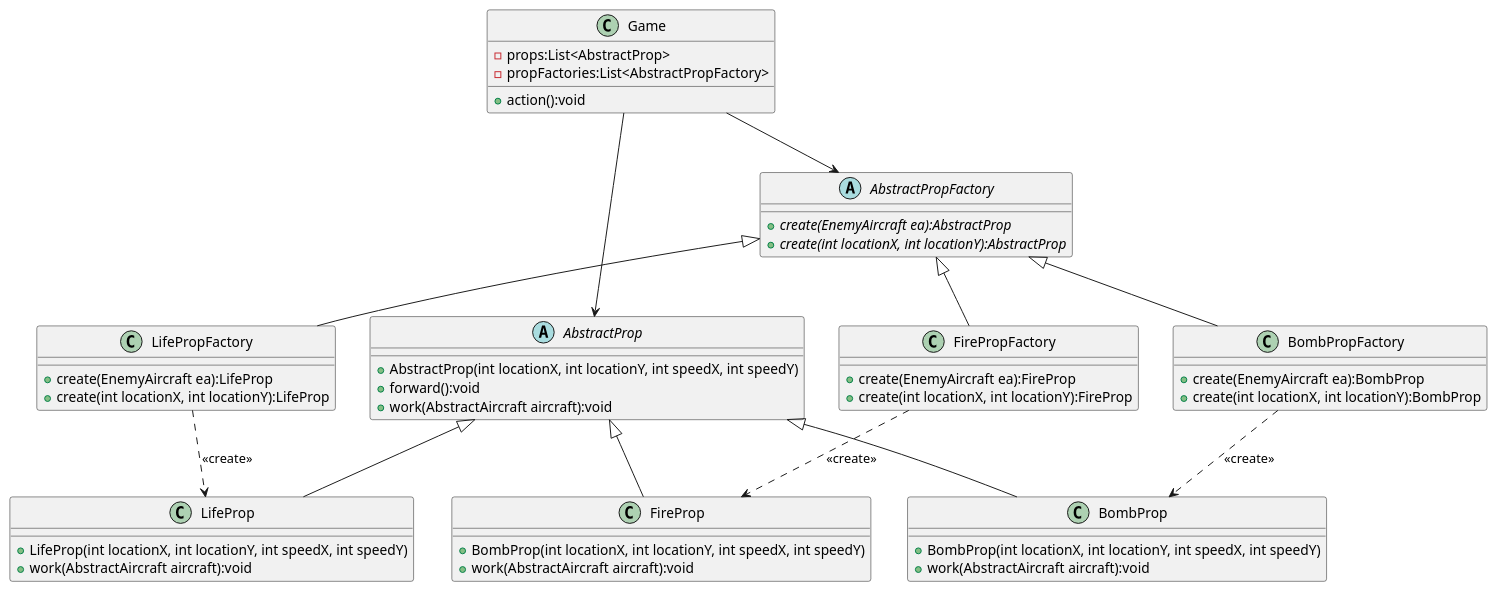
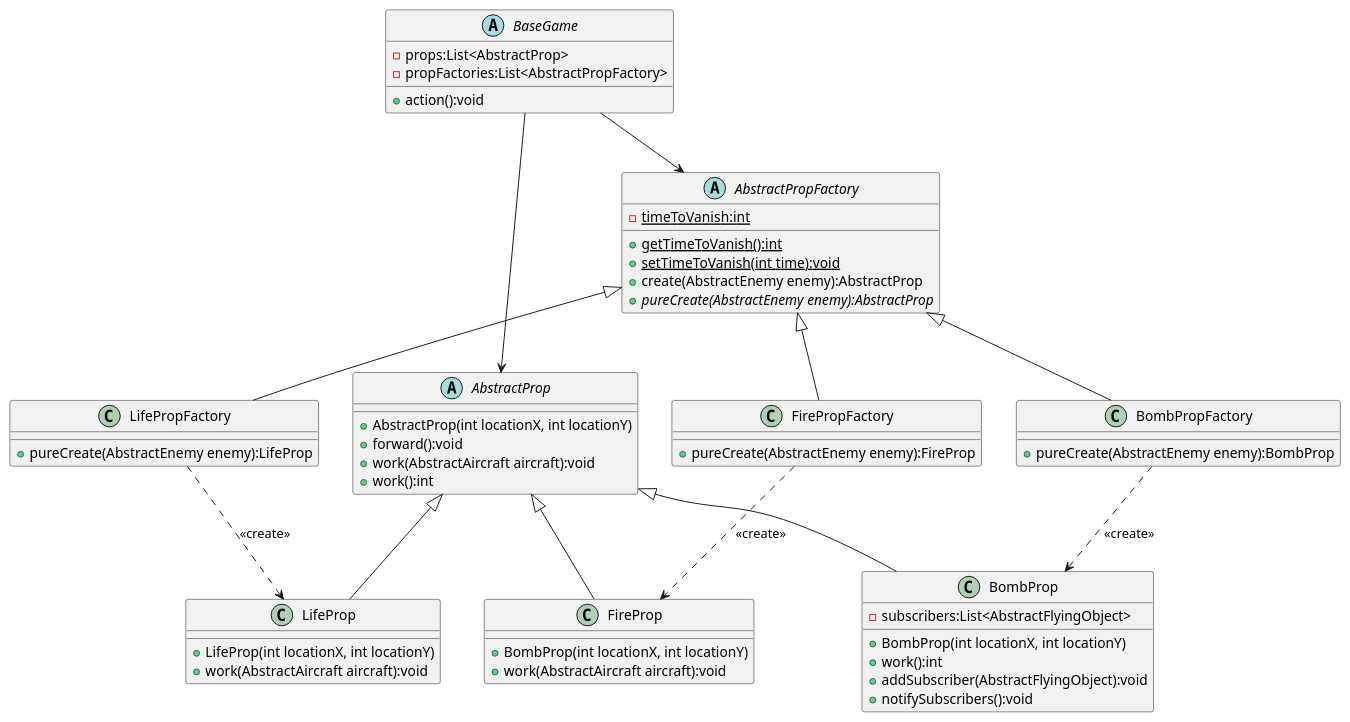
One commit to linkfqy/AircraftWar changed the diagram in uml/PropFactory.puml. Above: the diagram before and after it, drawn with PlantUML. The commit also changed 7 other files, not shown here.

Commit message:
更新了UML类图

```diff
--- a/uml/PropFactory.puml
+++ b/uml/PropFactory.puml
@@ -1,59 +1,63 @@
 @startuml
 abstract class AbstractPropFactory {
-    + {abstract} create(EnemyAircraft ea):AbstractProp
-    + {abstract} create(int locationX, int locationY):AbstractProp
+    - {static} timeToVanish:int
+    + {static} getTimeToVanish():int
+    + {static} setTimeToVanish(int time):void
+    + create(AbstractEnemy enemy):AbstractProp
+    + {abstract} pureCreate(AbstractEnemy enemy):AbstractProp
 }
 class FirePropFactory {
-    + create(EnemyAircraft ea):FireProp
-    + create(int locationX, int locationY):FireProp
+    + pureCreate(AbstractEnemy enemy):FireProp
 }
 class LifePropFactory {
-    + create(EnemyAircraft ea):LifeProp
-    + create(int locationX, int locationY):LifeProp
+    + pureCreate(AbstractEnemy enemy):LifeProp
 }
 class BombPropFactory {
-    + create(EnemyAircraft ea):BombProp
-    + create(int locationX, int locationY):BombProp
+    + pureCreate(AbstractEnemy enemy):BombProp
 }
 
 AbstractPropFactory <|-- FirePropFactory
 AbstractPropFactory <|-- LifePropFactory
 AbstractPropFactory <|-- BombPropFactory
 
 abstract class AbstractProp {
-    + AbstractProp(int locationX, int locationY, int speedX, int speedY)
+    + AbstractProp(int locationX, int locationY)
     + forward():void
     + work(AbstractAircraft aircraft):void
+    + work():int
 }
 
 class LifeProp {
-    + LifeProp(int locationX, int locationY, int speedX, int speedY)
+    + LifeProp(int locationX, int locationY)
     + work(AbstractAircraft aircraft):void
 }
 
 class BombProp {
-    + BombProp(int locationX, int locationY, int speedX, int speedY)
-    + work(AbstractAircraft aircraft):void
+    - subscribers:List<AbstractFlyingObject>
+    + BombProp(int locationX, int locationY)
+    + work():int
+    + addSubscriber(AbstractFlyingObject):void
+    + notifySubscribers():void
 }
 
 class FireProp {
-    + BombProp(int locationX, int locationY, int speedX, int speedY)
+    + BombProp(int locationX, int locationY)
     + work(AbstractAircraft aircraft):void
 }
 
 AbstractProp <|-- LifeProp
 AbstractProp <|-- BombProp
 AbstractProp <|-- FireProp
 LifePropFactory ..> LifeProp : <<create>>
 BombPropFactory ..> BombProp : <<create>>
 FirePropFactory ..> FireProp : <<create>>
 
-class Game {
+abstract class BaseGame {
     - props:List<AbstractProp>
     - propFactories:List<AbstractPropFactory>
     + action():void
 }
 
-Game --> AbstractPropFactory
-Game --> AbstractProp
+BaseGame --> AbstractPropFactory
+BaseGame --> AbstractProp
 @enduml
```
